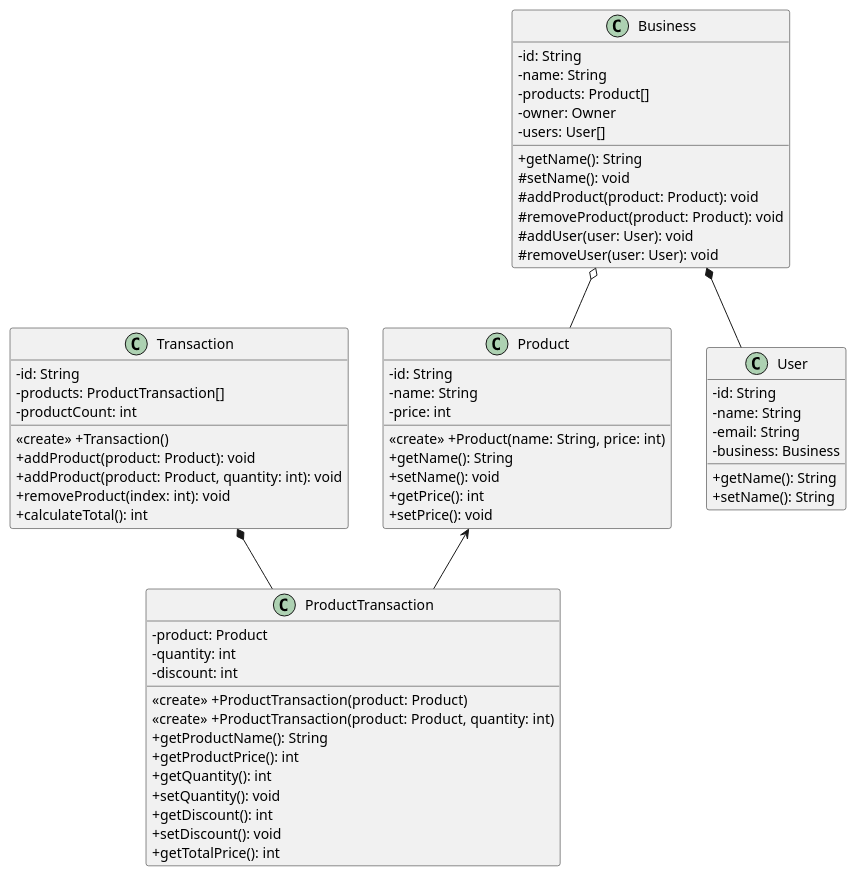
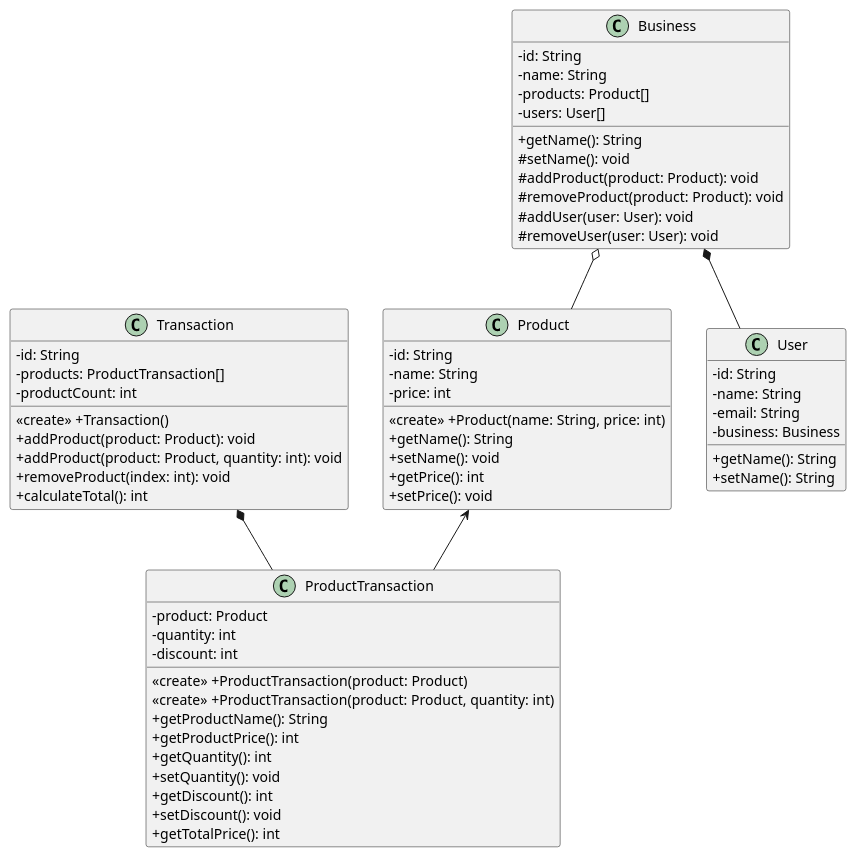
The diagram in main.puml (Aulkhami/pakupos), drawn with PlantUML before and after one commit.

Commit message:
Modify class diagram

```diff
--- a/main.puml
+++ b/main.puml
@@ -1,69 +1,68 @@
 @startuml
 
 skinparam classAttributeIconSize 0
 
 class Transaction {
     -id: String
     -products: ProductTransaction[]
     -productCount: int
     << create >> +Transaction()
     +addProduct(product: Product): void
     +addProduct(product: Product, quantity: int): void
     +removeProduct(index: int): void
     +calculateTotal(): int
 }
 
 class Product {
     -id: String
     -name: String
     -price: int
     << create >> +Product(name: String, price: int)
     +getName(): String
     +setName(): void
     +getPrice(): int
     +setPrice(): void
 }
 
 class ProductTransaction {
     -product: Product
     -quantity: int
     -discount: int
     << create >> +ProductTransaction(product: Product)
     << create >> +ProductTransaction(product: Product, quantity: int)
     +getProductName(): String
     +getProductPrice(): int
     +getQuantity(): int
     +setQuantity(): void
     +getDiscount(): int
     +setDiscount(): void
     +getTotalPrice(): int
 }
 Product <-- ProductTransaction
 Transaction *-- ProductTransaction
 
 class Business {
     -id: String
     -name: String
     -products: Product[]
-    -owner: Owner
     -users: User[]
     +getName(): String
     #setName(): void
     #addProduct(product: Product): void
     #removeProduct(product: Product): void
     #addUser(user: User): void
     #removeUser(user: User): void
 }
 Business o-- Product
 
 class User {
     -id: String
     -name: String
     -email: String
     -business: Business
     +getName(): String
     +setName(): String
 }
 Business *-- User
 
 @enduml
```
